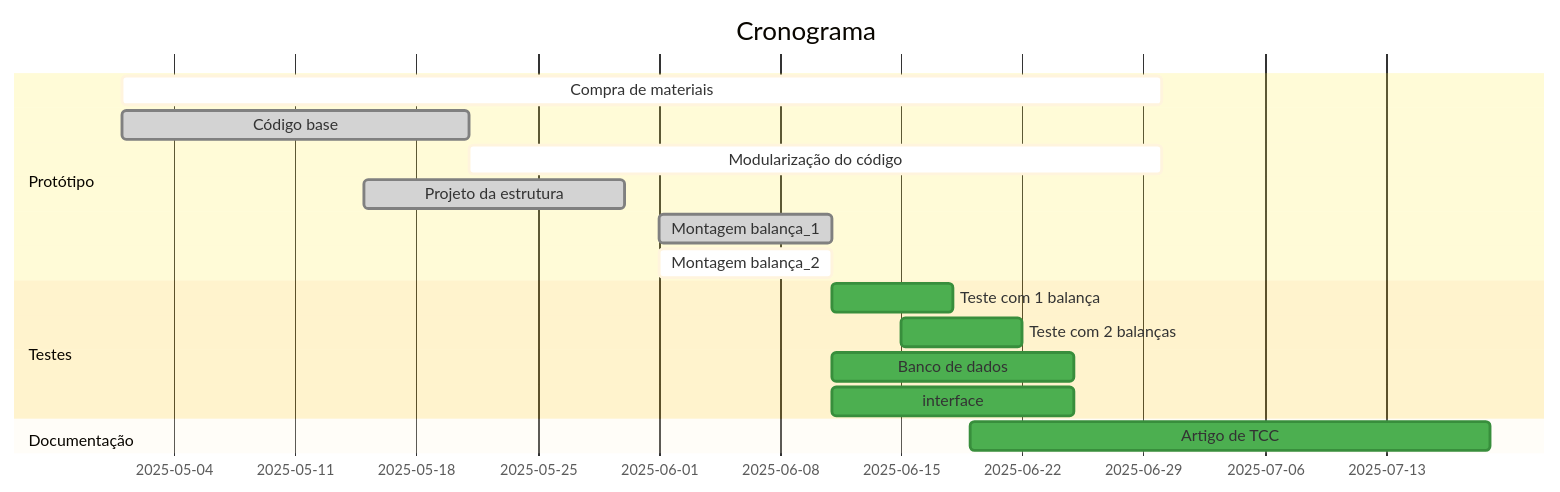
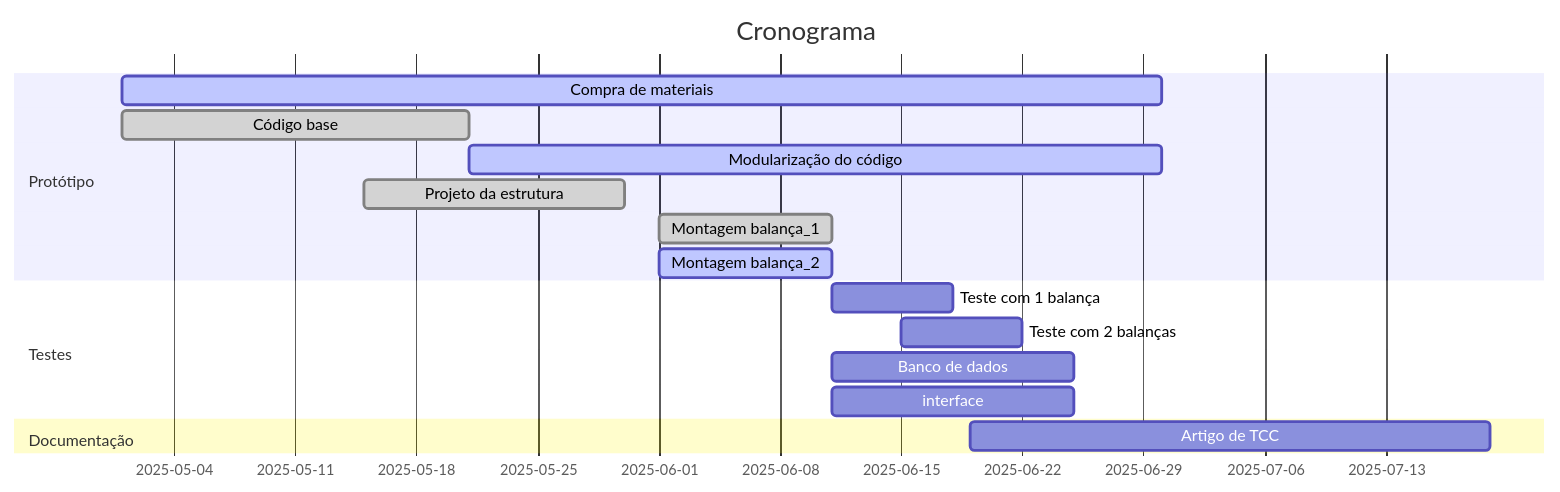
One commit to marcilioc/fluidmess changed the diagram in gestao/Diagrama de Gantt.md. Above: the diagram before and after it, drawn with Mermaid.

Commit message:
Update Diagrama de Gantt.md

````diff
--- a/gestao/Diagrama de Gantt.md
+++ b/gestao/Diagrama de Gantt.md
@@ -3,21 +3,22 @@
 ``` mermaid
-%%{init: {'theme': 'base', 'themeVariables': {'taskBkgColor': '#4CAF50', 'taskBorderColor': '#388E3C', 'sectionBkgColor': '#FFEB3B', 'altSectionBkgColor': '#FFC107'}}}%%
+%%{init: {'themeCSS': 'rect[done] {fill: #4CAF50;} rect[active] {fill: #FFC107;}'}}%%
+
 gantt
     title Cronograma
     dateFormat  YYYY-MM-DD
     section Protótipo
     Compra de materiais         :active, 2025-05-01, 60d
     Código base                 :done, 2025-05-01, 20d
     Modularização do código     :active, 2025-05-21, 40d
     Projeto da estrutura        :done, 2025-05-15, 15d
     Montagem balança_1          :done, 2025-06-01, 10d
     Montagem balança_2          :active, 2025-06-01, 10d
     section Testes
     Teste com 1 balança          :, 2025-06-11, 7d
     Teste com 2 balanças         :, 2025-06-15, 7d
     Banco de dados               :, 2025-06-11, 14d
     interface                    :, 2025-06-11, 14d
 
     section Documentação
     Artigo de TCC                     :2025-06-19, 30d
 ```
````
